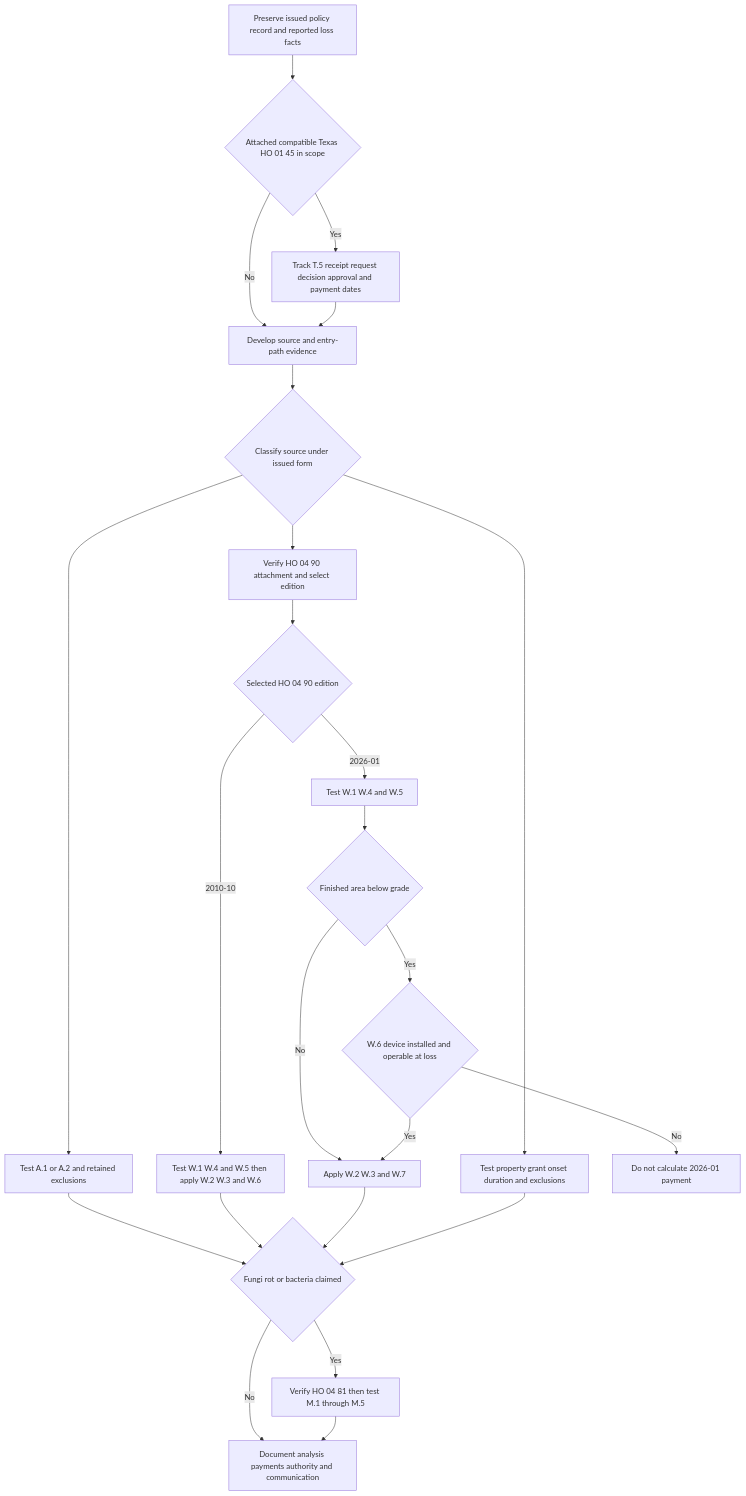
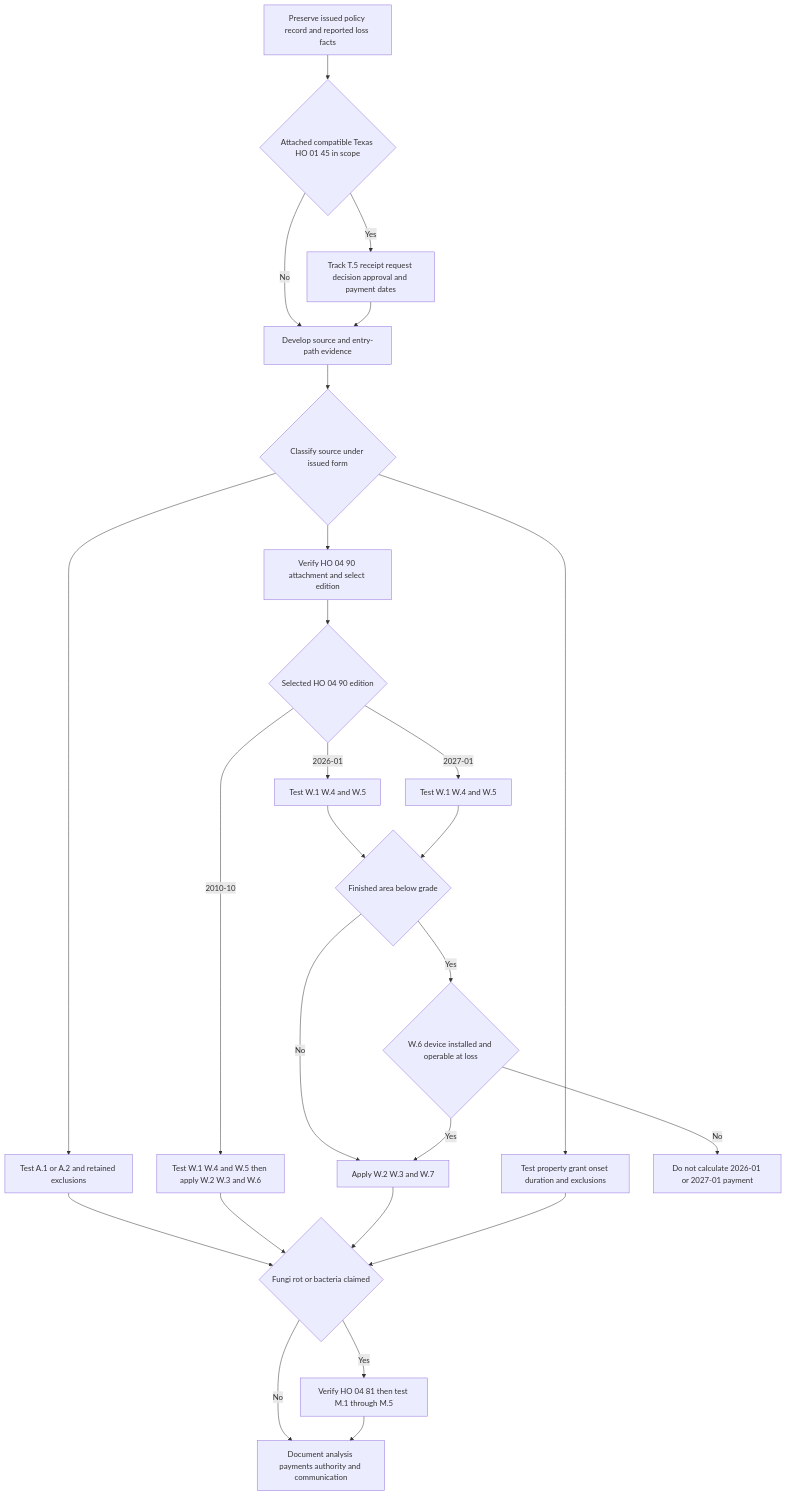
One commit to eugeneliu-86/openwiki-insurance-corpus changed the diagram in openwiki/operations/claims-water-loss-handling.md. Above: the diagram before and after it, drawn with Mermaid. The commit also changed other lines of this file and 59 other files, not shown here.

````diff
--- a/openwiki/operations/claims-water-loss-handling.md
+++ b/openwiki/operations/claims-water-loss-handling.md
@@ -51,26 +53,28 @@
 ```mermaid
 flowchart TD
     Intake["Preserve issued policy record and reported loss facts"] --> Texas{"Attached compatible Texas HO 01 45 in scope"}
     Texas -- "Yes" --> Timing["Track T.5 receipt request decision approval and payment dates"]
     Texas -- "No" --> Source["Develop source and entry-path evidence"]
     Timing --> Source
     Source --> Classify{"Classify source under issued form"}
     Classify --> Surface["Test A.1 or A.2 and retained exclusions"]
     Classify --> Backup["Verify HO 04 90 attachment and select edition"]
     Classify --> Internal["Test property grant onset duration and exclusions"]
     Backup --> WaterTerms{"Selected HO 04 90 edition"}
     WaterTerms -- "2010-10" --> Legacy["Test W.1 W.4 and W.5 then apply W.2 W.3 and W.6"]
     WaterTerms -- "2026-01" --> Current["Test W.1 W.4 and W.5"]
+    WaterTerms -- "2027-01" --> Future["Test W.1 W.4 and W.5"]
     Current --> BelowGrade{"Finished area below grade"}
+    Future --> BelowGrade
     BelowGrade -- "Yes" --> Device{"W.6 device installed and operable at loss"}
     BelowGrade -- "No" --> CurrentPay["Apply W.2 W.3 and W.7"]
     Device -- "Yes" --> CurrentPay
-    Device -- "No" --> NoCurrent["Do not calculate 2026-01 payment"]
+    Device -- "No" --> NoCurrent["Do not calculate 2026-01 or 2027-01 payment"]
     Surface --> Fungi{"Fungi rot or bacteria claimed"}
     Legacy --> Fungi
     CurrentPay --> Fungi
     Internal --> Fungi
     Fungi -- "Yes" --> Mold["Verify HO 04 81 then test M.1 through M.5"]
     Fungi -- "No" --> Resolve["Document analysis payments authority and communication"]
     Mold --> Resolve
 ```
````
